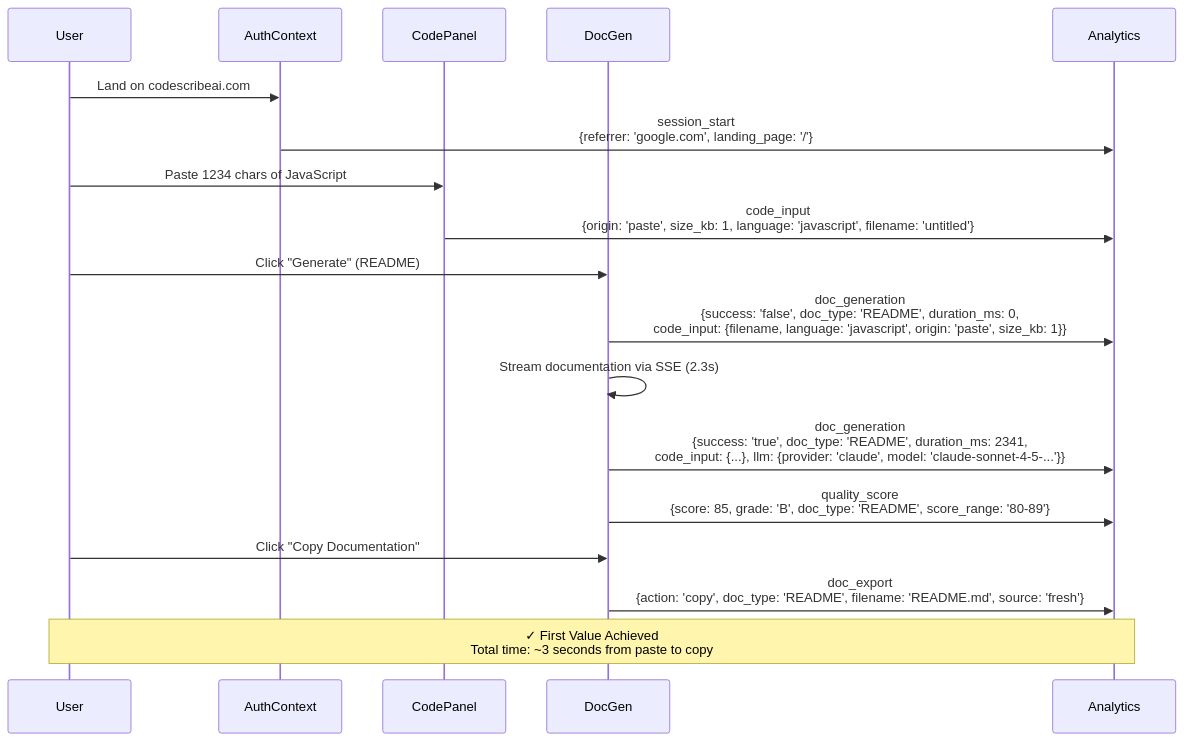
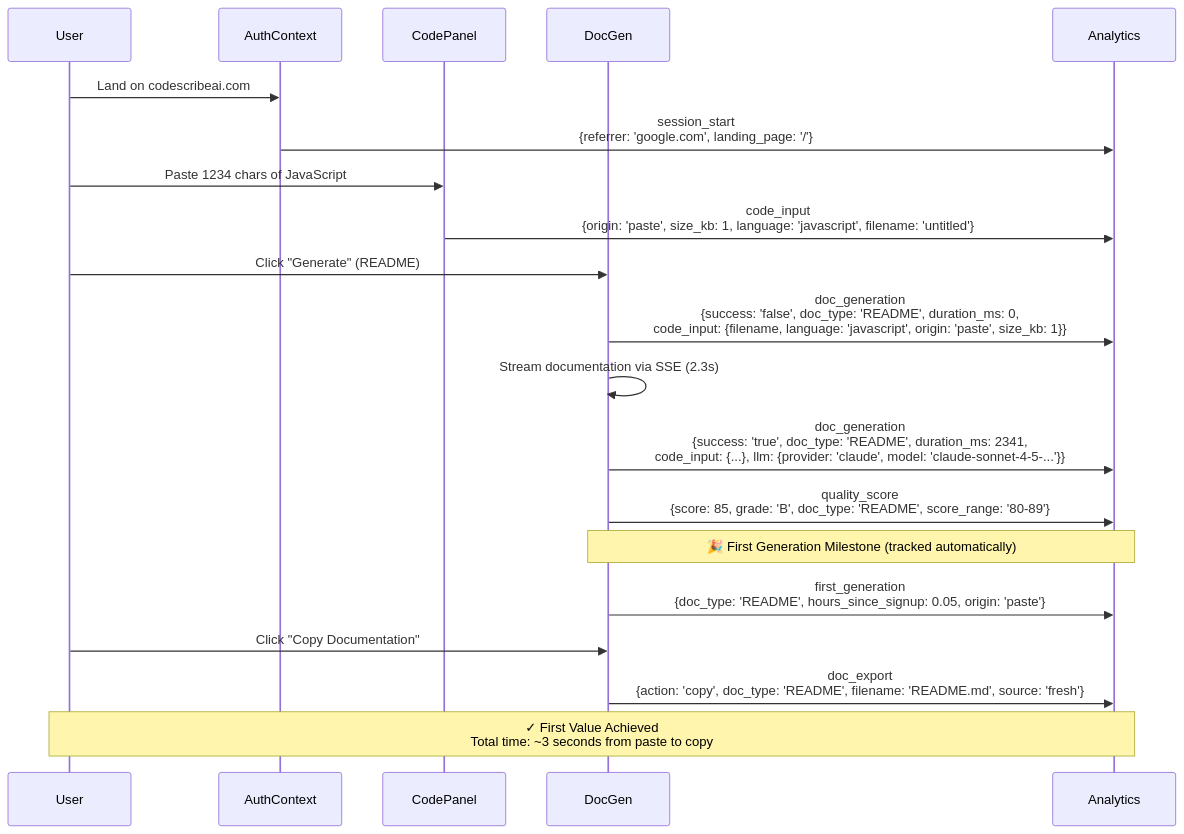
Before and after one commit to jmcoleman/codescribe-ai: the second of 6 diagrams in docs/planning/WORKFLOW-EVENTING-FLOW.md, drawn with Mermaid. The commit also changed other lines of this file and 33 other files, not shown here.

````diff
--- a/docs/planning/WORKFLOW-EVENTING-FLOW.md
+++ b/docs/planning/WORKFLOW-EVENTING-FLOW.md
@@ -117,28 +124,31 @@
 ```mermaid
 sequenceDiagram
     participant User
     participant AuthContext
     participant CodePanel
     participant DocGen
     participant Analytics
 
     User->>AuthContext: Land on codescribeai.com
     AuthContext->>Analytics: session_start<br/>{referrer: 'google.com', landing_page: '/'}
 
     User->>CodePanel: Paste 1234 chars of JavaScript
     CodePanel->>Analytics: code_input<br/>{origin: 'paste', size_kb: 1, language: 'javascript', filename: 'untitled'}
 
     User->>DocGen: Click "Generate" (README)
     DocGen->>Analytics: doc_generation<br/>{success: 'false', doc_type: 'README', duration_ms: 0,<br/>code_input: {filename, language: 'javascript', origin: 'paste', size_kb: 1}}
 
     DocGen->>DocGen: Stream documentation via SSE (2.3s)
 
     DocGen->>Analytics: doc_generation<br/>{success: 'true', doc_type: 'README', duration_ms: 2341,<br/>code_input: {...}, llm: {provider: 'claude', model: 'claude-sonnet-4-5-...'}}
 
     DocGen->>Analytics: quality_score<br/>{score: 85, grade: 'B', doc_type: 'README', score_range: '80-89'}
 
+    Note over DocGen,Analytics: 🎉 First Generation Milestone (tracked automatically)
+    DocGen->>Analytics: first_generation<br/>{doc_type: 'README', hours_since_signup: 0.05, origin: 'paste'}
+
     User->>DocGen: Click "Copy Documentation"
     DocGen->>Analytics: doc_export<br/>{action: 'copy', doc_type: 'README', filename: 'README.md', source: 'fresh'}
 
     Note over User,Analytics: ✓ First Value Achieved<br/>Total time: ~3 seconds from paste to copy
 ```
````
